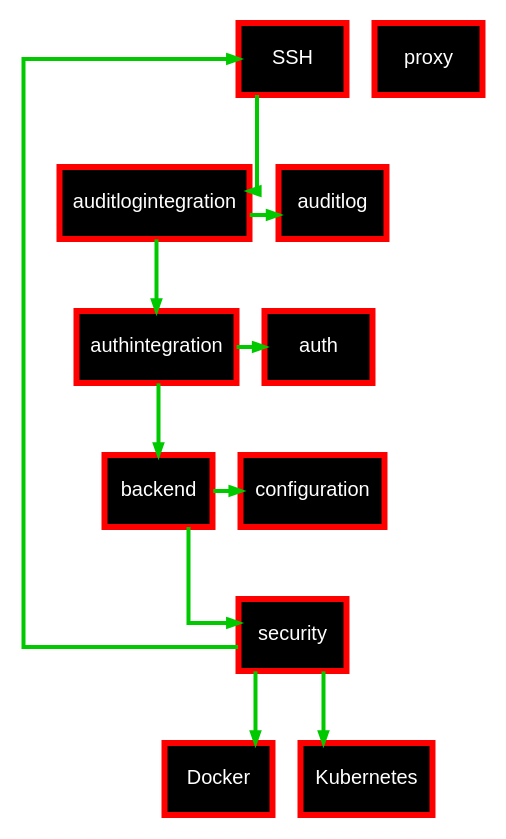
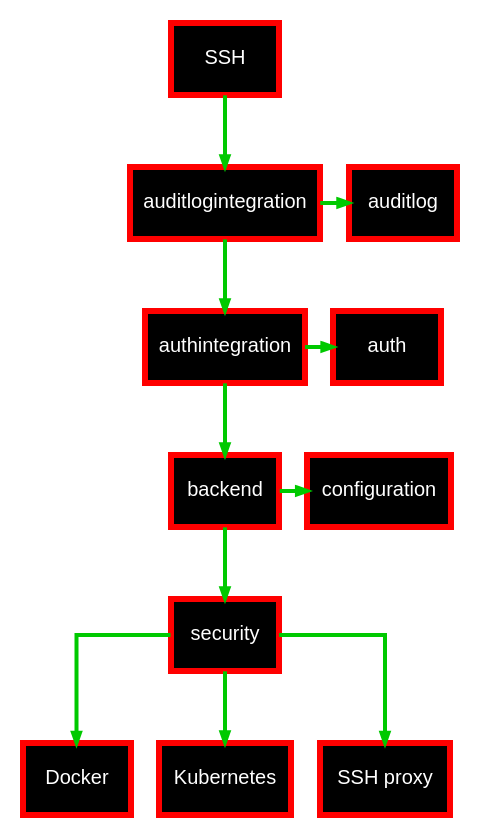
The diagram in docs/development/containerssh/layers.dot (ContainerSSH/containerssh.github.io), drawn with Graphviz before and after one commit. The commit also changed 1 other file, not shown here.

Commit message:
Fixed broken architecture graphic.

```diff
--- a/docs/development/containerssh/layers.dot
+++ b/docs/development/containerssh/layers.dot
@@ -1,34 +1,34 @@
 digraph layers {
     concentrate=true;
     fontname="Arial";
     graph [splines=ortho, nodesep=0.2, concentrate=true]
     node [shape=box, style=filled, fillcolor=black, color=red, fontcolor=white, fontsize=10, fontname="Arial", penwidth=3]
     edge [penwidth=2, color="#00C900", arrowsize=0.5, tailclip=true]
 
     SSH -> auditlogintegration
 
     subgraph auditlog {
         rank=same;
         auditlogintegration -> auditlog
     }
 
     auditlogintegration -> authintegration
 
     subgraph auth {
         rank=same;
         authintegration -> auth
     }
     authintegration -> backend
 
     subgraph config {
         rank=same;
         backend -> configuration
     }
 
     subgraph dynamic {
         backend -> security
         security -> Docker
         security -> Kubernetes
-        security -> SSH proxy
+        security -> "SSH proxy"
     }
 }
```
